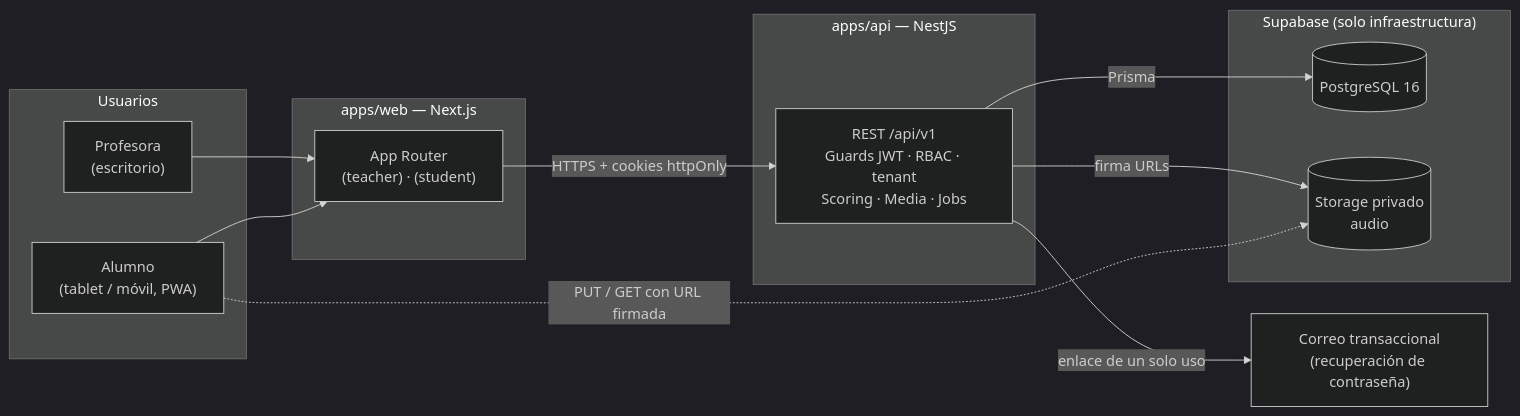
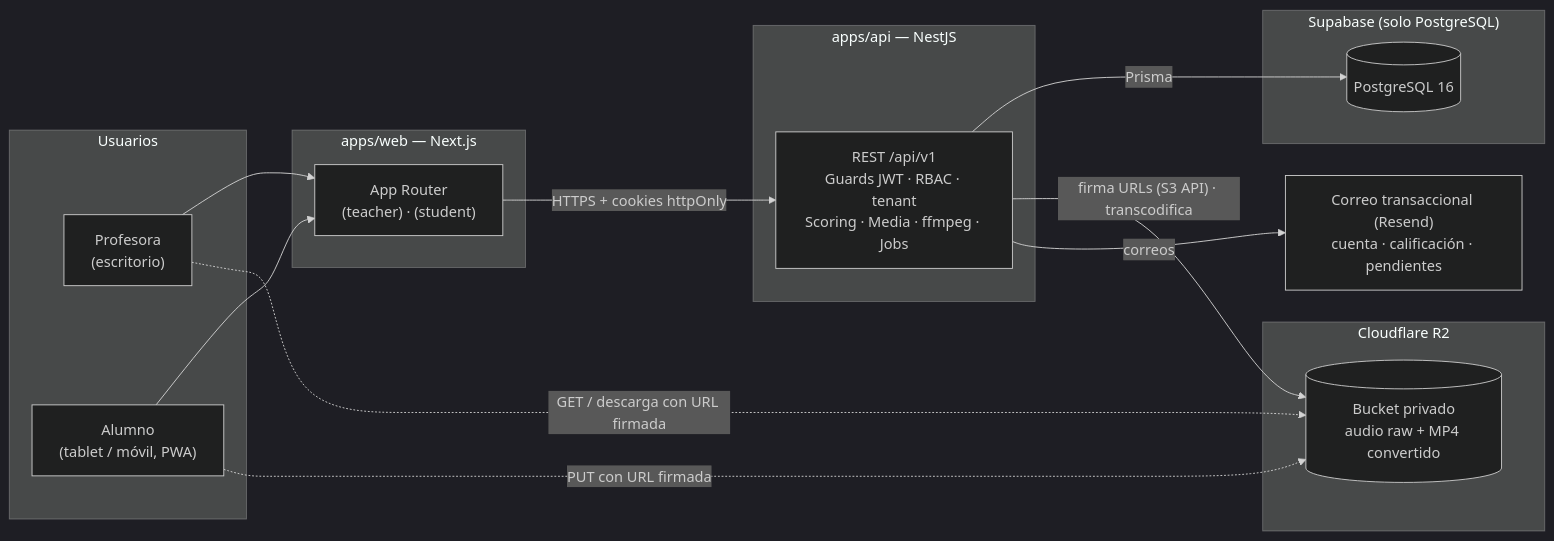
The first of 5 diagrams in planning/architecture-overview.md (Samuel-Duque/englove), drawn with Mermaid (dark theme) before and after one commit. The commit also changed other lines of this file and 5 other files, not shown here.

````diff
--- a/planning/architecture-overview.md
+++ b/planning/architecture-overview.md
@@ -40,25 +40,28 @@
 ```mermaid
 flowchart LR
   subgraph Usuarios
     T["Profesora<br/>(escritorio)"]
     S["Alumno<br/>(tablet / móvil, PWA)"]
   end
   subgraph Web["apps/web — Next.js"]
     W["App Router<br/>(teacher) · (student)"]
   end
   subgraph Api["apps/api — NestJS"]
-    A["REST /api/v1<br/>Guards JWT · RBAC · tenant<br/>Scoring · Media · Jobs"]
+    A["REST /api/v1<br/>Guards JWT · RBAC · tenant<br/>Scoring · Media · ffmpeg · Jobs"]
   end
-  subgraph Supabase["Supabase (solo infraestructura)"]
+  subgraph Supabase["Supabase (solo PostgreSQL)"]
     P[("PostgreSQL 16")]
-    O[("Storage privado<br/>audio")]
   end
-  M["Correo transaccional<br/>(recuperación de contraseña)"]
+  subgraph R2["Cloudflare R2"]
+    O[("Bucket privado<br/>audio raw + MP4 convertido")]
+  end
+  M["Correo transaccional (Resend)<br/>cuenta · calificación · pendientes"]
   T --> W
   S --> W
   W -- "HTTPS + cookies httpOnly" --> A
   A -- "Prisma" --> P
-  A -- "firma URLs" --> O
-  A -- "enlace de un solo uso" --> M
-  S -. "PUT / GET con URL firmada" .-> O
+  A -- "firma URLs (S3 API) · transcodifica" --> O
+  A -- "correos" --> M
+  S -. "PUT con URL firmada" .-> O
+  T -. "GET / descarga con URL firmada" .-> O
 ```
````
